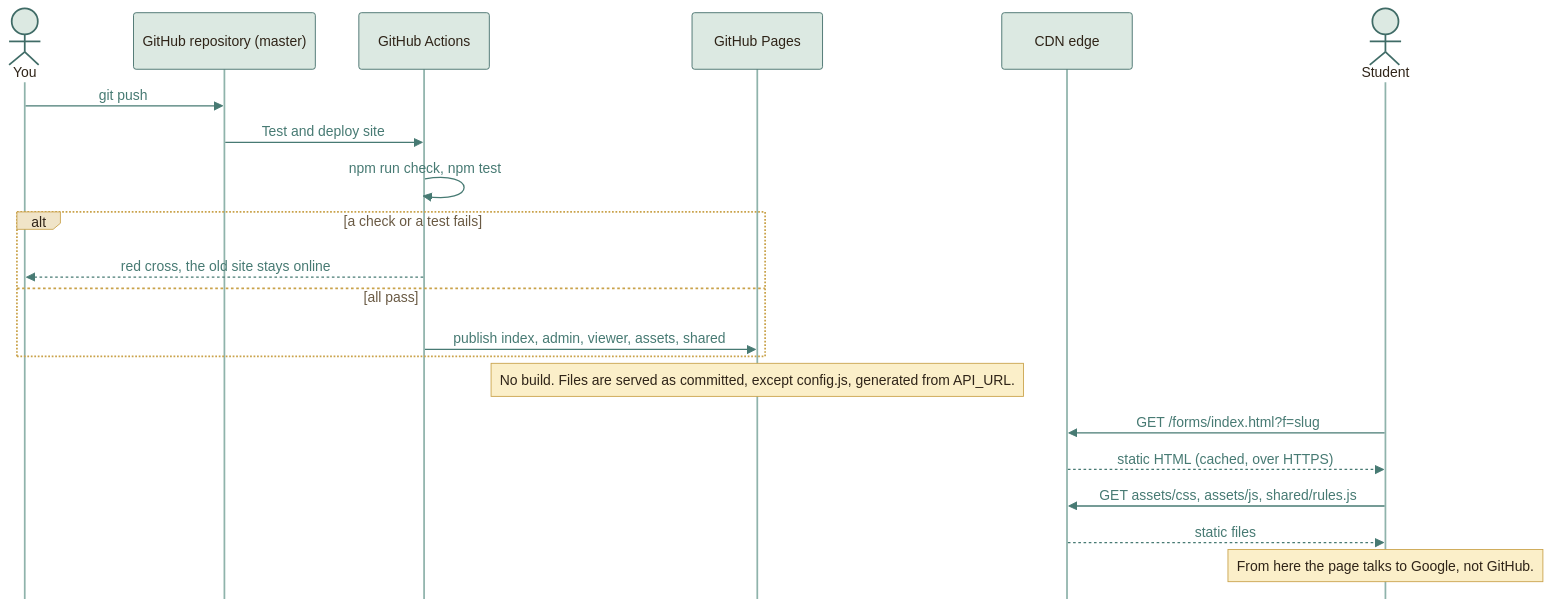
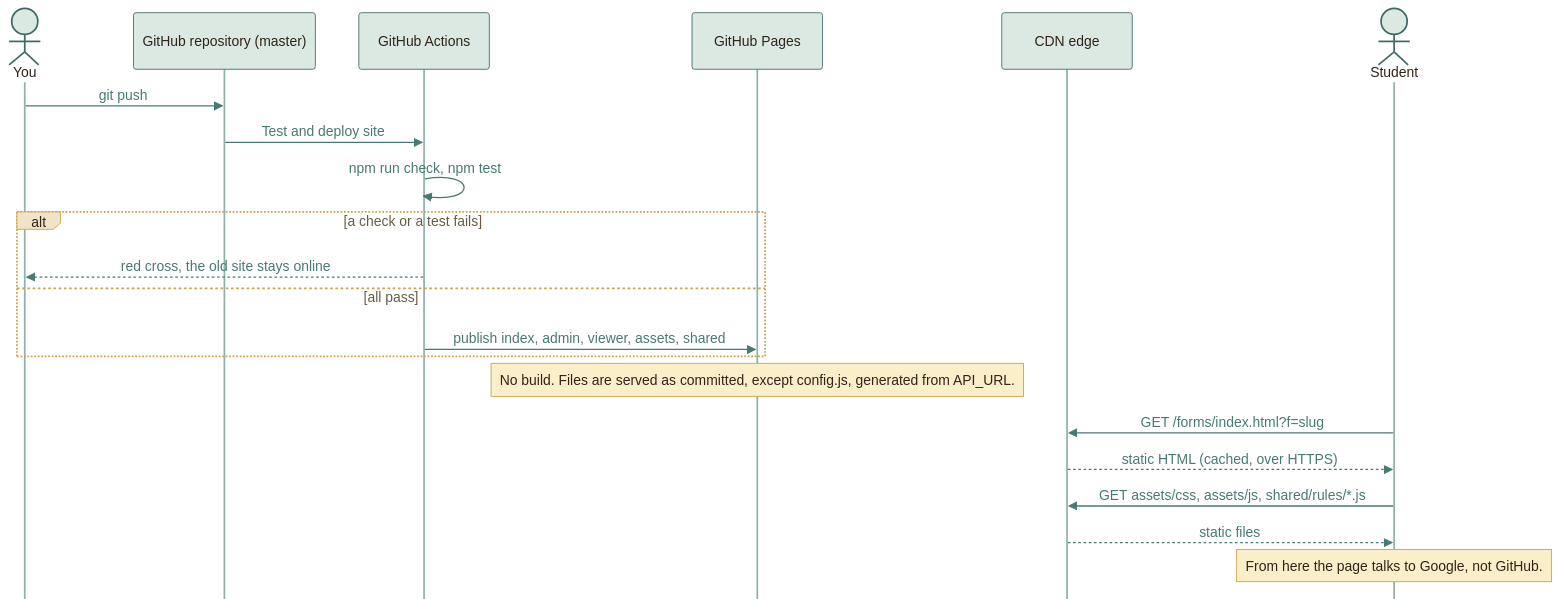
Before and after one commit to moyeh04/forms-platform: the second of 4 diagrams in docs/architecture/HOSTING.md, drawn with Mermaid. The commit also changed other lines of this file and 6 other files, not shown here.

````diff
--- a/docs/architecture/HOSTING.md
+++ b/docs/architecture/HOSTING.md
@@ -86,46 +86,46 @@
 ```mermaid
 %%{init: {
   'theme': 'base',
   'themeVariables': {
     'fontFamily': 'ui-sans-serif, system-ui, -apple-system, Segoe UI, Roboto, sans-serif',
     'fontSize': '15px',
     'primaryColor': '#DCE9E2', 'primaryBorderColor': '#3F6B66', 'primaryTextColor': '#2F2418',
     'secondaryColor': '#F0E4C8', 'secondaryBorderColor': '#C9A24A', 'secondaryTextColor': '#2F2418',
     'tertiaryColor': '#F6EFDC', 'tertiaryBorderColor': '#CDBB94', 'tertiaryTextColor': '#2F2418',
     'lineColor': '#3F6B66', 'textColor': '#2F2418', 'mainBkg': '#DCE9E2', 'nodeBorder': '#3F6B66',
     'clusterBkg': '#F6EFDC', 'clusterBorder': '#CDBB94', 'titleColor': '#2F2418',
     'edgeLabelBackground': '#F8F1DD',
     'actorBkg': '#DCE9E2', 'actorBorder': '#3F6B66', 'actorTextColor': '#2F2418', 'actorLineColor': '#8FB3AB',
     'signalColor': '#477A73', 'signalTextColor': '#477A73',
     'labelBoxBkgColor': '#F0E4C8', 'labelBoxBorderColor': '#C9A24A', 'labelTextColor': '#2F2418', 'loopTextColor': '#6A5A44',
     'noteBkgColor': '#FBEFC9', 'noteBorderColor': '#C9A24A', 'noteTextColor': '#2F2418',
     'activationBkgColor': '#DCE9E2', 'activationBorderColor': '#3F6B66', 'sequenceNumberColor': '#F8F1DD',
     'transitionColor': '#3F6B66', 'stateLabelColor': '#2F2418', 'stateBkg': '#DCE9E2', 'altBackground': '#F6EFDC',
     'attributeBackgroundColorOdd': '#F8F1DD', 'attributeBackgroundColorEven': '#F0E4C8'
   },
   'flowchart': {'curve': 'basis', 'padding': 14, 'nodeSpacing': 40, 'rankSpacing': 46},
   'sequence': {'mirrorActors': false, 'messageMargin': 34, 'boxMargin': 8}
 }}%%
 sequenceDiagram
     actor Dev as You
     participant Git as GitHub repository (master)
     participant CI as GitHub Actions
     participant Pages as GitHub Pages
     participant CDN as CDN edge
     actor Stu as Student
 
     Dev->>Git: git push
     Git->>CI: Test and deploy site
     CI->>CI: npm run check, npm test
     alt a check or a test fails
         CI-->>Dev: red cross, the old site stays online
     else all pass
         CI->>Pages: publish index, admin, viewer, assets, shared
     end
     Note over Pages: No build. Files are served as committed, except config.js, generated from API_URL.
     Stu->>CDN: GET /forms/index.html?f=slug
     CDN-->>Stu: static HTML (cached, over HTTPS)
-    Stu->>CDN: GET assets/css, assets/js, shared/rules.js
+    Stu->>CDN: GET assets/css, assets/js, shared/rules/*.js
     CDN-->>Stu: static files
     Note over Stu: From here the page talks to Google, not GitHub.
 ```
````
